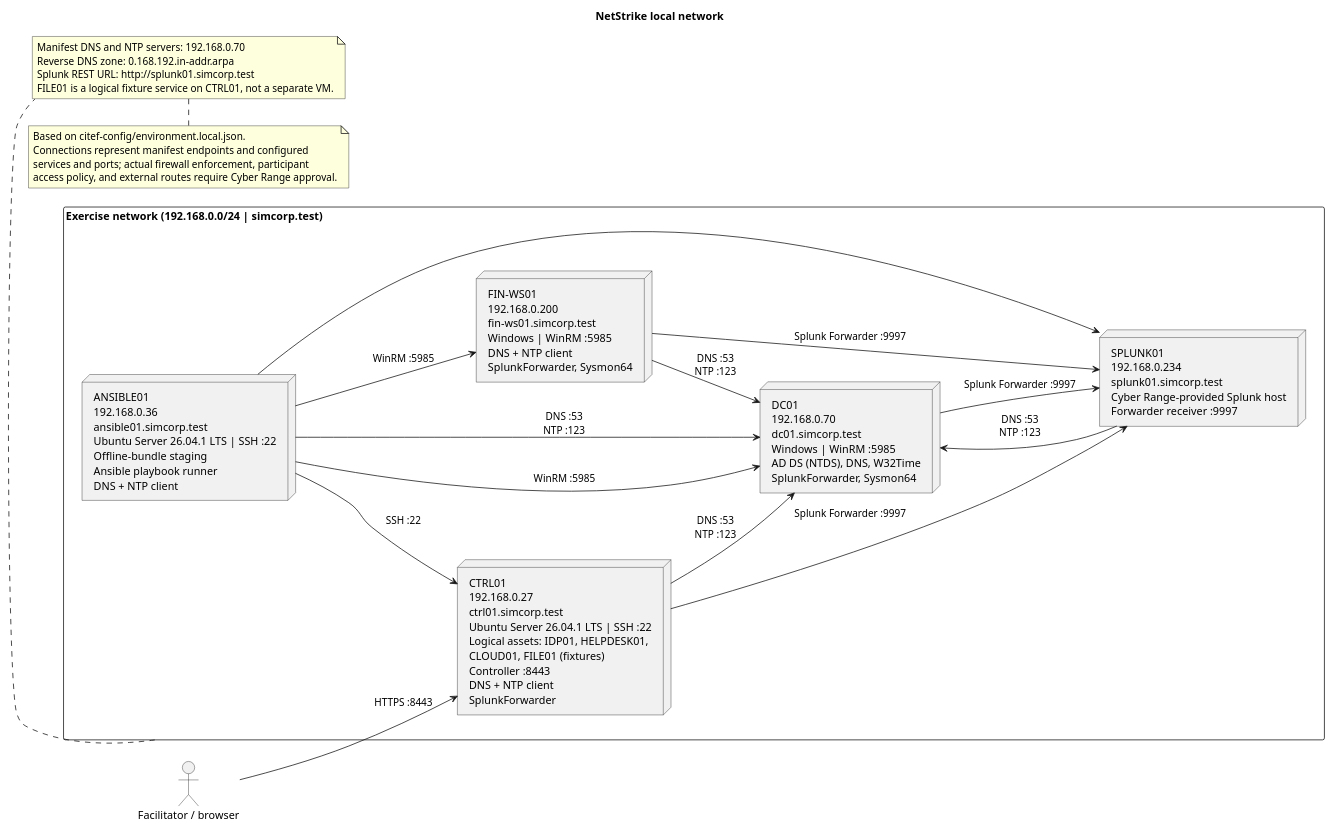
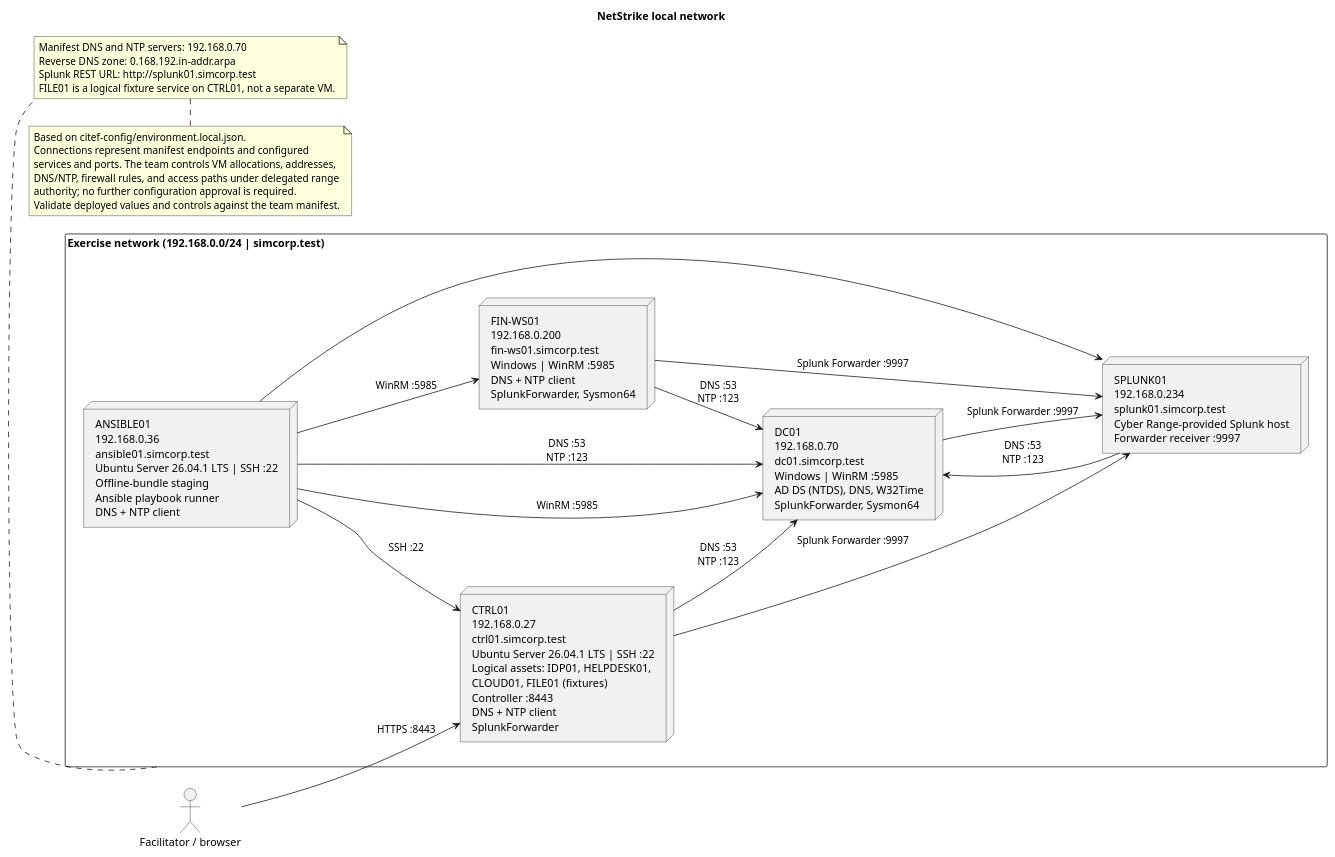
One commit to Netstrike-development-team/NetStrike_Capstone_17 changed the diagram in docs/network-diagram/network-diagram-local.puml. Above: the diagram before and after it, drawn with PlantUML. The commit also changed 17 other files, not shown here.

Commit message:
docs: refine documentation and clarify Cyber Range delegation in exercise design

```diff
--- a/docs/network-diagram/network-diagram-local.puml
+++ b/docs/network-diagram/network-diagram-local.puml
@@ -1,47 +1,49 @@
 @startuml
 title NetStrike local network
 left to right direction
 skinparam componentStyle rectangle
 skinparam packageStyle rectangle
 skinparam packageTitleAlignment left
 skinparam shadowing false
 
 actor "Facilitator / browser" as Browser
 
 package "Exercise network (192.168.0.0/24 | simcorp.test)" as Exercise {
   node "ANSIBLE01\n192.168.0.36\nansible01.simcorp.test\nUbuntu Server 26.04.1 LTS | SSH :22\nOffline-bundle staging\nAnsible playbook runner\nDNS + NTP client" as Ansible
   node "CTRL01\n192.168.0.27\nctrl01.simcorp.test\nUbuntu Server 26.04.1 LTS | SSH :22\nLogical assets: IDP01, HELPDESK01,\nCLOUD01, FILE01 (fixtures)\nController :8443\nDNS + NTP client\nSplunkForwarder" as CTRL
   node "DC01\n192.168.0.70\ndc01.simcorp.test\nWindows | WinRM :5985\nAD DS (NTDS), DNS, W32Time\nSplunkForwarder, Sysmon64" as DC
   node "FIN-WS01\n192.168.0.200\nfin-ws01.simcorp.test\nWindows | WinRM :5985\nDNS + NTP client\nSplunkForwarder, Sysmon64" as WS
   node "SPLUNK01\n192.168.0.234\nsplunk01.simcorp.test\nCyber Range-provided Splunk host\nForwarder receiver :9997" as SPLUNK
 }
 
 Browser --> CTRL : HTTPS :8443
 Ansible --> CTRL : SSH :22
 Ansible --> DC : WinRM :5985
 Ansible --> WS : WinRM :5985
 Ansible --> SPLUNK
 
 CTRL --> DC : DNS :53\nNTP :123
 Ansible --> DC : DNS :53\nNTP :123
 WS --> DC : DNS :53\nNTP :123
 SPLUNK --> DC : DNS :53\nNTP :123
 
 CTRL --> SPLUNK : Splunk Forwarder :9997
 DC --> SPLUNK : Splunk Forwarder :9997
 WS --> SPLUNK : Splunk Forwarder :9997
 
 note bottom of Exercise
   Manifest DNS and NTP servers: 192.168.0.70
   Reverse DNS zone: 0.168.192.in-addr.arpa
   Splunk REST URL: http://splunk01.simcorp.test
   FILE01 is a logical fixture service on CTRL01, not a separate VM.
 end note
 
 note bottom
   Based on citef-config/environment.local.json.
   Connections represent manifest endpoints and configured
-  services and ports; actual firewall enforcement, participant
-  access policy, and external routes require Cyber Range approval.
+  services and ports. The team controls VM allocations, addresses,
+  DNS/NTP, firewall rules, and access paths under delegated range
+  authority; no further configuration approval is required.
+  Validate deployed values and controls against the team manifest.
 end note
 @enduml
```
